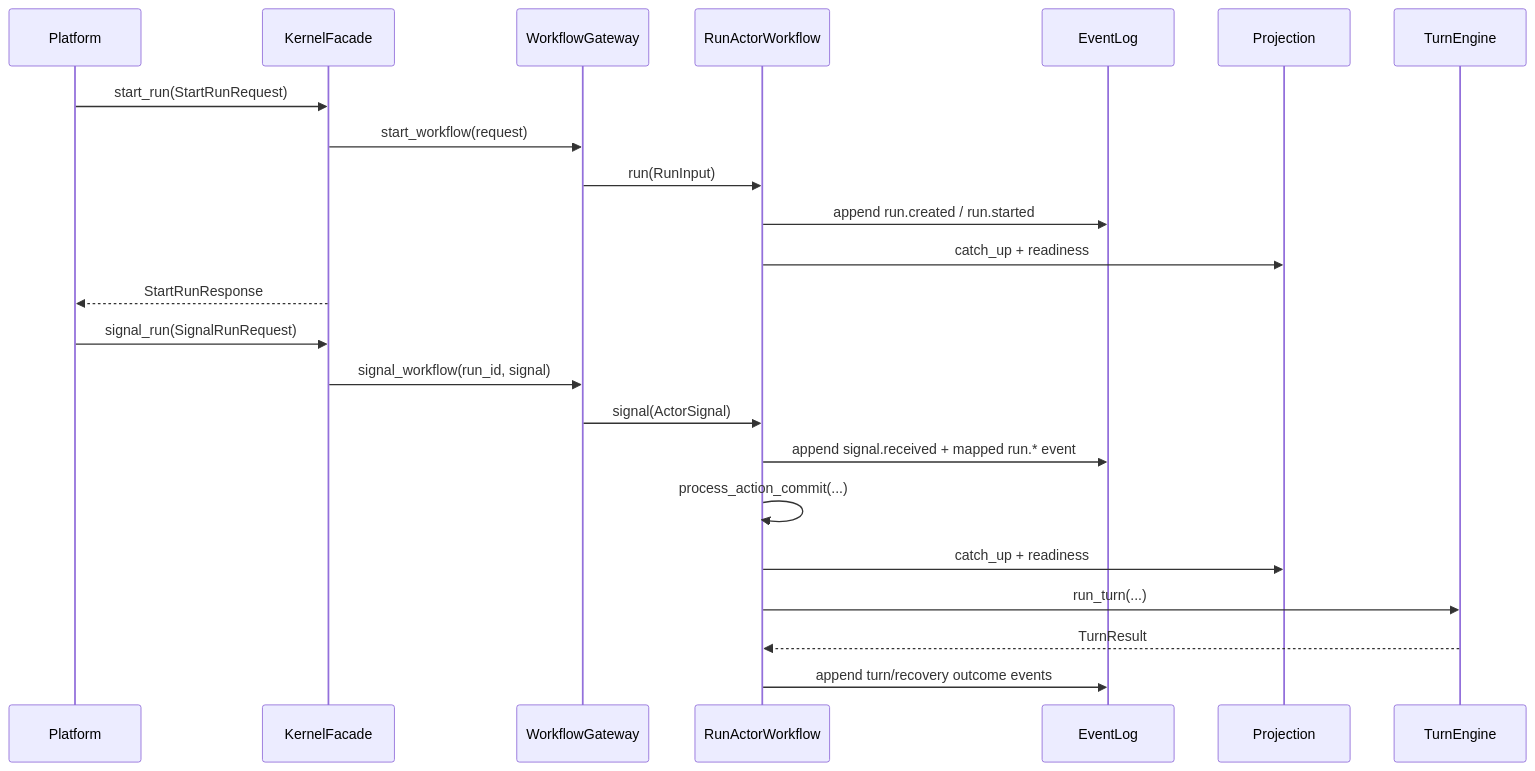
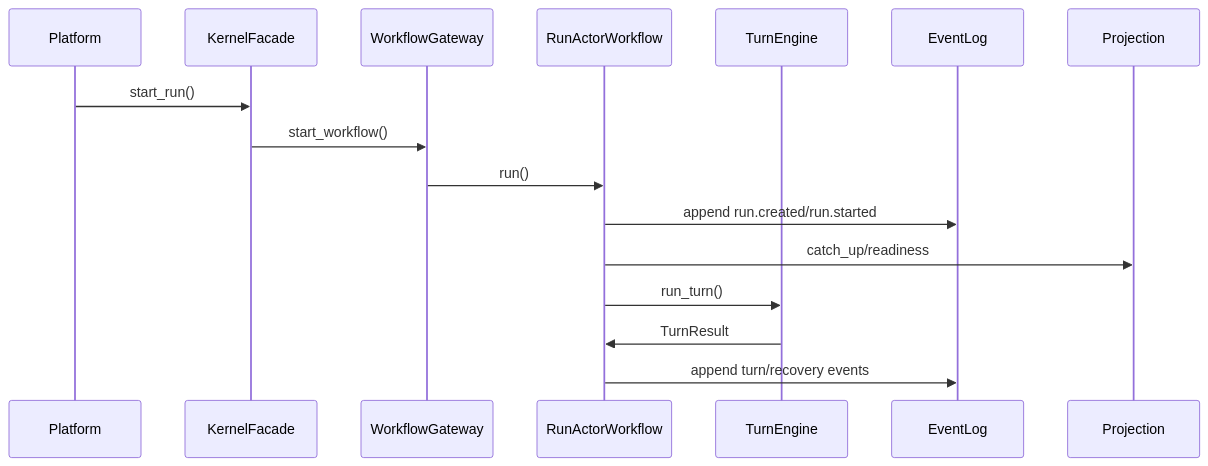
Before and after one commit to chaosxingxc-orion/agent-kernel: the second of 2 diagrams in ARCHITECTURE.md, drawn with Mermaid. The commit also changed other lines of this file and 25 other files, not shown here.

First line of the commit message:
fix: close final architecture gaps — config wiring, metrics hook, trace merge, DTO purity

````diff
--- a/ARCHITECTURE.md
+++ b/ARCHITECTURE.md
@@ -231,27 +75,19 @@
 ```mermaid
 sequenceDiagram
-    participant PL as Platform
-    participant KF as KernelFacade
-    participant GW as WorkflowGateway
-    participant RA as RunActorWorkflow
-    participant EL as EventLog
-    participant PJ as Projection
-    participant TE as TurnEngine
+  participant P as Platform
+  participant F as KernelFacade
+  participant G as WorkflowGateway
+  participant R as RunActorWorkflow
+  participant T as TurnEngine
+  participant E as EventLog
+  participant J as Projection
 
-    PL->>KF: start_run(StartRunRequest)
-    KF->>GW: start_workflow(request)
-    GW->>RA: run(RunInput)
-    RA->>EL: append run.created / run.started
-    RA->>PJ: catch_up + readiness
-    KF-->>PL: StartRunResponse
-
-    PL->>KF: signal_run(SignalRunRequest)
-    KF->>GW: signal_workflow(run_id, signal)
-    GW->>RA: signal(ActorSignal)
-    RA->>EL: append signal.received + mapped run.* event
-    RA->>RA: process_action_commit(...)
-    RA->>PJ: catch_up + readiness
-    RA->>TE: run_turn(...)
-    TE-->>RA: TurnResult
-    RA->>EL: append turn/recovery outcome events
+  P->>F: start_run()
+  F->>G: start_workflow()
+  G->>R: run()
+  R->>E: append run.created/run.started
+  R->>J: catch_up/readiness
+  R->>T: run_turn()
+  T->>R: TurnResult
+  R->>E: append turn/recovery events
 ```
````
